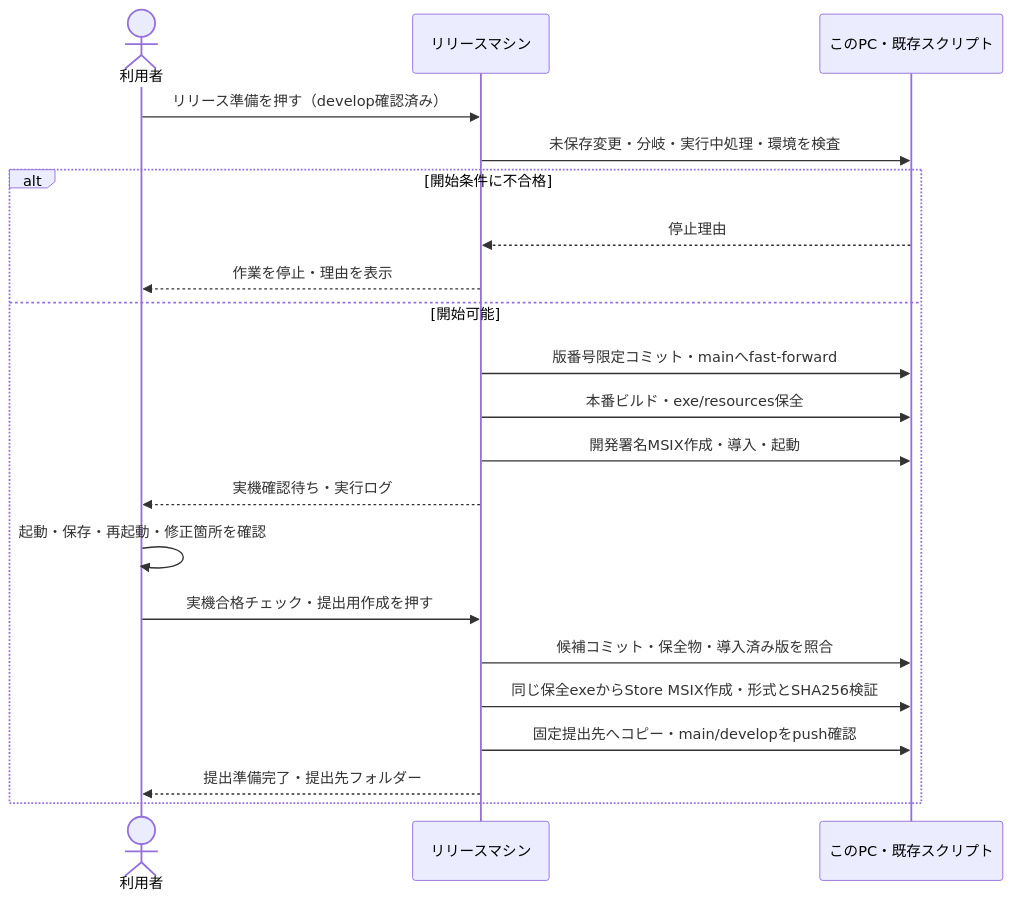
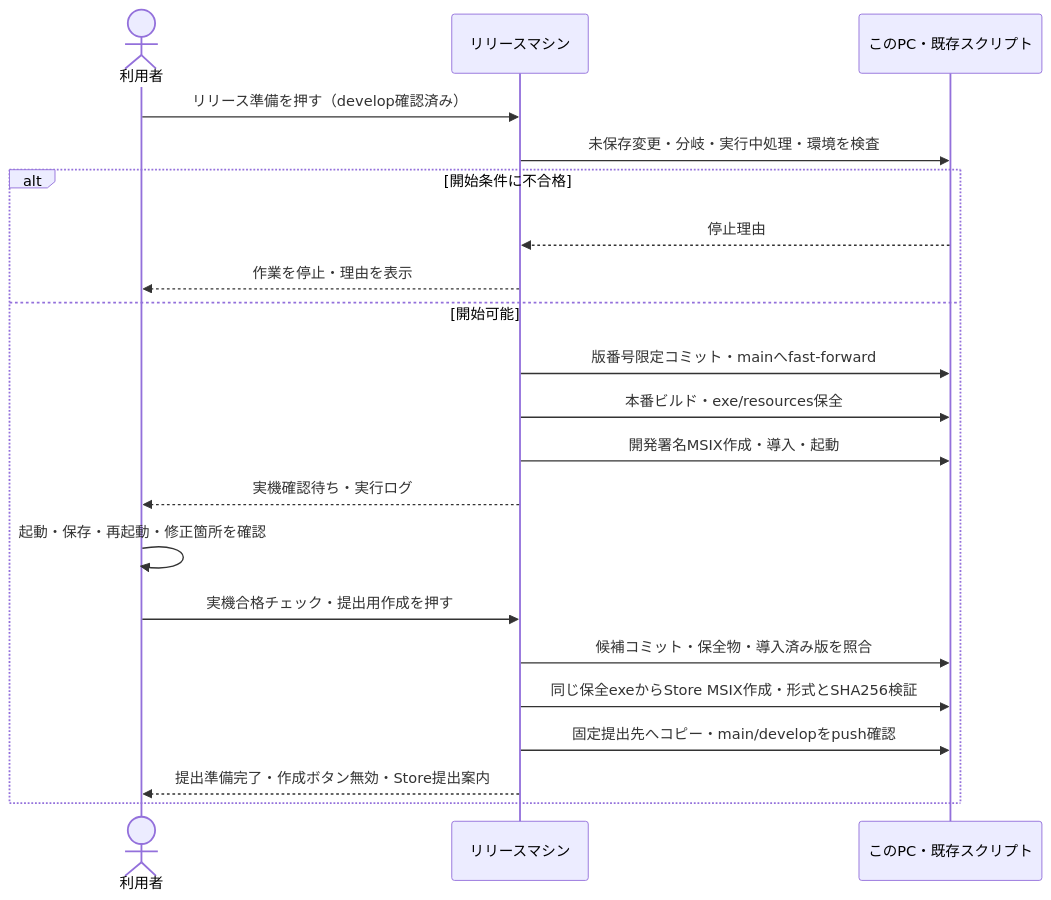
The third of 3 diagrams in docs-v2/008_DISTRIBUTION.md (ore-no-fusen/ore-no-fusen), drawn with Mermaid before and after one commit. The commit also changed 16 other files, not shown here.

````diff
--- a/docs-v2/008_DISTRIBUTION.md
+++ b/docs-v2/008_DISTRIBUTION.md
@@ -200,23 +200,23 @@
 ```mermaid
 sequenceDiagram
     actor U as 利用者
     participant M as リリースマシン
     participant P as このPC・既存スクリプト
     U->>M: リリース準備を押す（develop確認済み）
     M->>P: 未保存変更・分岐・実行中処理・環境を検査
     alt 開始条件に不合格
         P-->>M: 停止理由
         M-->>U: 作業を停止・理由を表示
     else 開始可能
         M->>P: 版番号限定コミット・mainへfast-forward
         M->>P: 本番ビルド・exe/resources保全
         M->>P: 開発署名MSIX作成・導入・起動
         M-->>U: 実機確認待ち・実行ログ
         U->>U: 起動・保存・再起動・修正箇所を確認
         U->>M: 実機合格チェック・提出用作成を押す
         M->>P: 候補コミット・保全物・導入済み版を照合
         M->>P: 同じ保全exeからStore MSIX作成・形式とSHA256検証
         M->>P: 固定提出先へコピー・main/developをpush確認
-        M-->>U: 提出準備完了・提出先フォルダー
+        M-->>U: 提出準備完了・作成ボタン無効・Store提出案内
     end
 ```
````
